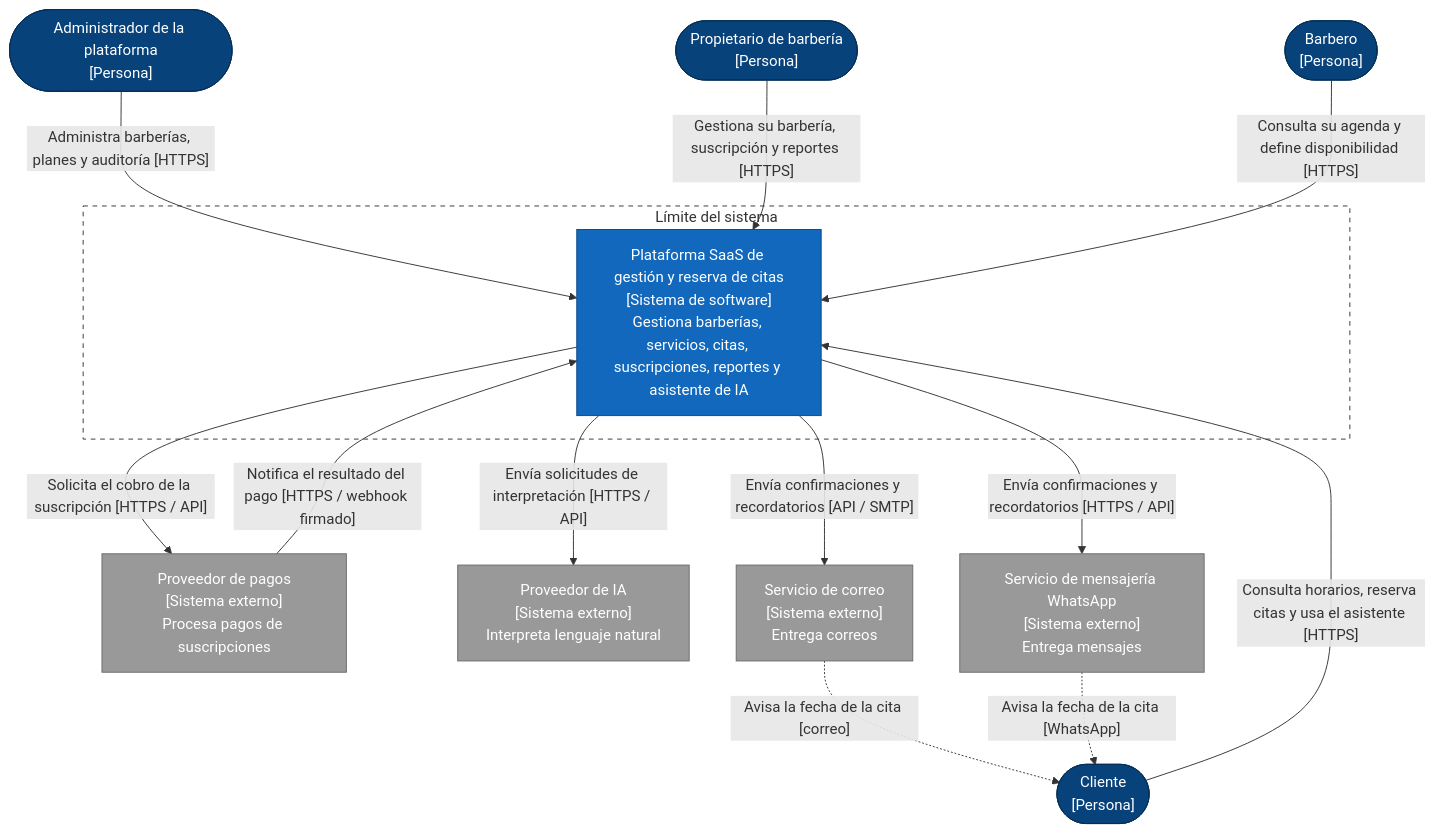
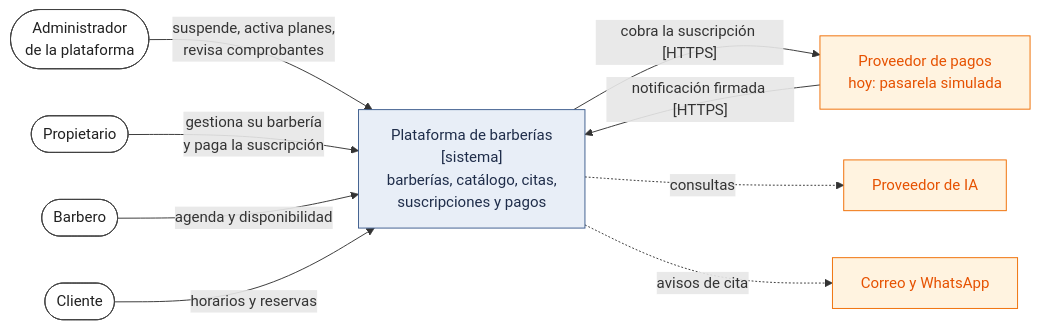
Before and after one commit to semcham/proyecto-final-barberia-ayacucho: the first of 2 diagrams in docs/04-modelo-c4/Nivel1-DiagramadeContextodelSistema.md, drawn with Mermaid. The commit also changed other lines of this file and 67 other files, not shown here.

Commit message:
docs: documentación y diagramas coherentes con 001, 002, 003 .... 006

````diff
--- a/docs/04-modelo-c4/Nivel1-DiagramadeContextodelSistema.md
+++ b/docs/04-modelo-c4/Nivel1-DiagramadeContextodelSistema.md
@@ -14,36 +14,27 @@
 ```mermaid
-flowchart TB
-    ADM(["Administrador de la plataforma<br/>[Persona]"])
-    OWN(["Propietario de barbería<br/>[Persona]"])
-    BAR(["Barbero<br/>[Persona]"])
-    CLI(["Cliente<br/>[Persona]"])
+flowchart LR
+    ADM(["Administrador<br/>de la plataforma"])
+    OWN(["Propietario"])
+    BAR(["Barbero"])
+    CLI(["Cliente"])
+    SYS["Plataforma de barberías<br/>[sistema]<br/>barberías, catálogo, citas,<br/>suscripciones y pagos"]
+    PAY["Proveedor de pagos<br/>hoy: pasarela simulada"]
+    AI["Proveedor de IA"]
+    MSG["Correo y WhatsApp"]
 
-    subgraph LIMITE["Límite del sistema"]
-        SYS["Plataforma SaaS de gestión y reserva de citas<br/>[Sistema de software]<br/>Gestiona barberías, servicios, citas, suscripciones, reportes y asistente de IA"]
-    end
+    ADM -->|"suspende, activa planes,<br/>revisa comprobantes"| SYS
+    OWN -->|"gestiona su barbería<br/>y paga la suscripción"| SYS
+    BAR -->|"agenda y disponibilidad"| SYS
+    CLI -->|"horarios y reservas"| SYS
+    SYS -->|"cobra la suscripción [HTTPS]"| PAY
+    PAY -->|"notificación firmada [HTTPS]"| SYS
+    SYS -.->|"consultas"| AI
+    SYS -.->|"avisos de cita"| MSG
 
-    PAY["Proveedor de pagos<br/>[Sistema externo]<br/>Procesa pagos de suscripciones"]
-    AI["Proveedor de IA<br/>[Sistema externo]<br/>Interpreta lenguaje natural"]
-    MAIL["Servicio de correo<br/>[Sistema externo]<br/>Entrega correos"]
-    WA["Servicio de mensajería WhatsApp<br/>[Sistema externo]<br/>Entrega mensajes"]
-
-    ADM -->|"Administra barberías, planes y auditoría [HTTPS]"| SYS
-    OWN -->|"Gestiona su barbería, suscripción y reportes [HTTPS]"| SYS
-    BAR -->|"Consulta su agenda y define disponibilidad [HTTPS]"| SYS
-    CLI -->|"Consulta horarios, reserva citas y usa el asistente [HTTPS]"| SYS
-    SYS -->|"Solicita el cobro de la suscripción [HTTPS / API]"| PAY
-    PAY -->|"Notifica el resultado del pago [HTTPS / webhook firmado]"| SYS
-    SYS -->|"Envía solicitudes de interpretación [HTTPS / API]"| AI
-    SYS -->|"Envía confirmaciones y recordatorios [API / SMTP]"| MAIL
-    SYS -->|"Envía confirmaciones y recordatorios [HTTPS / API]"| WA
-    MAIL -.->|"Avisa la fecha de la cita [correo]"| CLI
-    WA -.->|"Avisa la fecha de la cita [WhatsApp]"| CLI
-
-    classDef person fill:#08427b,color:#ffffff,stroke:#052e56
-    classDef system fill:#1168bd,color:#ffffff,stroke:#0b4884
-    classDef external fill:#999999,color:#ffffff,stroke:#6b6b6b
-    class ADM,OWN,BAR,CLI person
-    class SYS system
-    class PAY,AI,MAIL,WA external
-    style LIMITE stroke-dasharray: 5 5,fill:#ffffff,stroke:#333333
+    classDef persona fill:#ffffff,stroke:#424242,color:#212121
+    classDef implementado fill:#e8eef7,stroke:#3b5b8c,color:#1f2d4a
+    classDef externo fill:#fff3e0,stroke:#ef6c00,color:#e65100
+    class ADM,OWN,BAR,CLI persona
+    class SYS implementado
+    class PAY,AI,MSG externo
 ```
````
